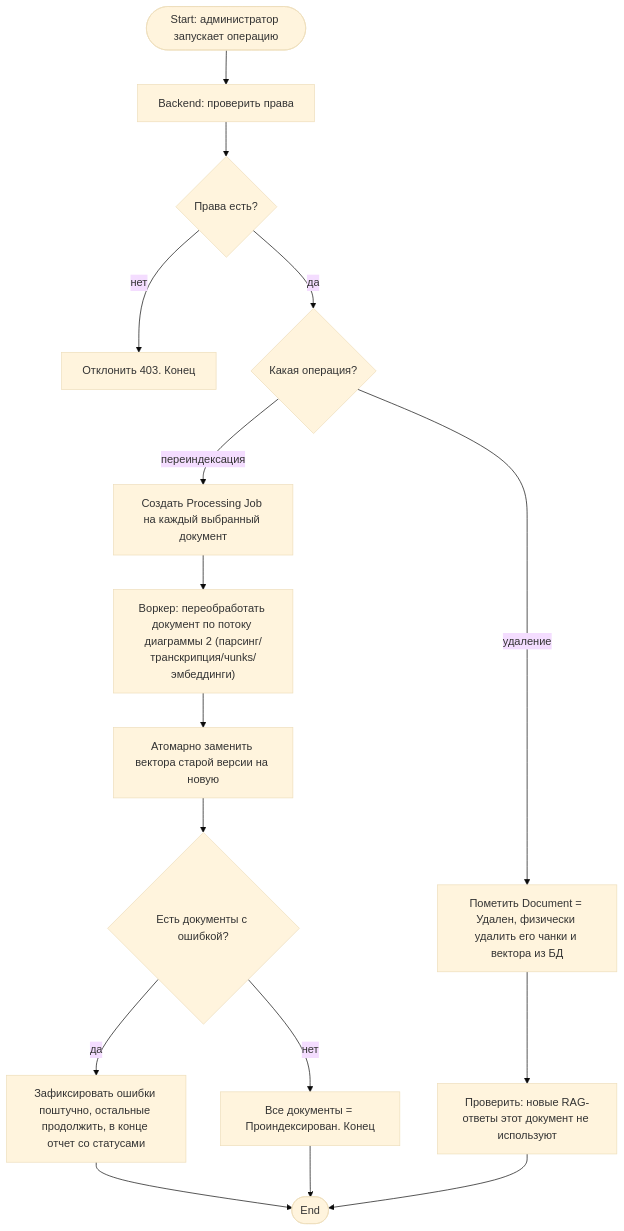
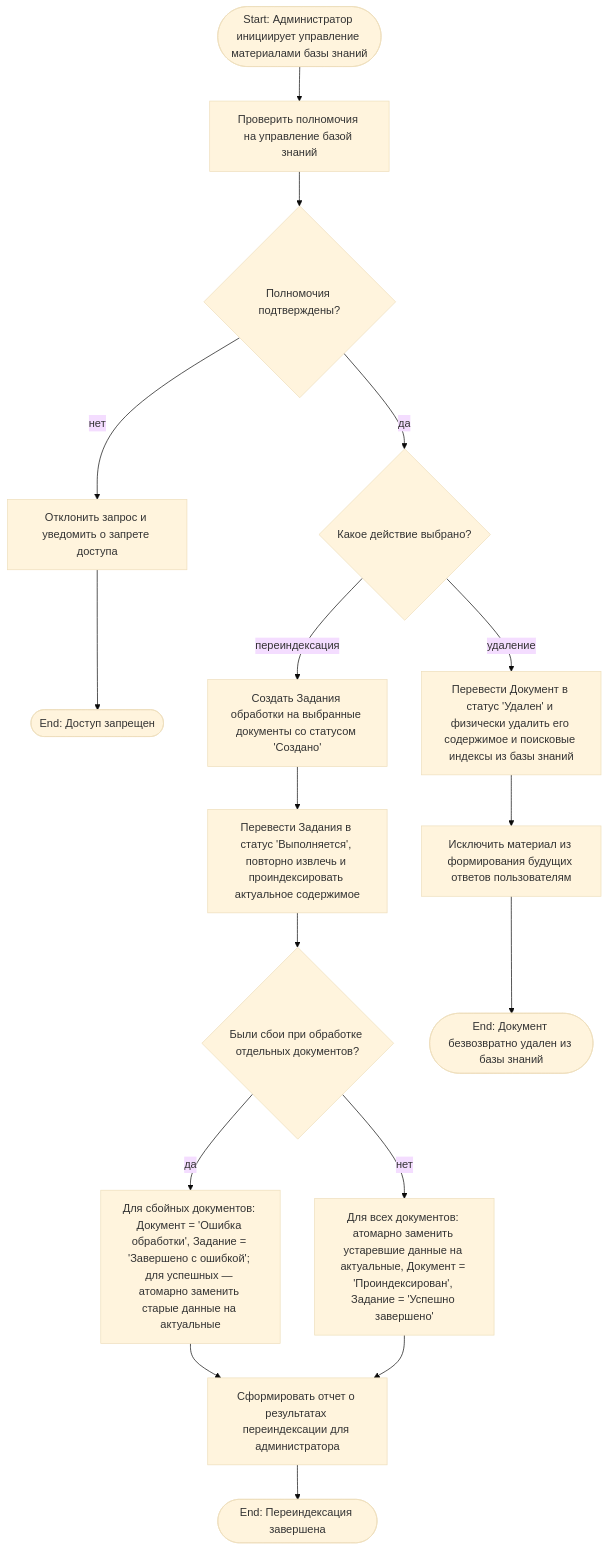
The third of 3 diagrams in 1-task/3/README.md (adsfryt/AI-chat-knowledge-bot), drawn with Mermaid (base theme) before and after one commit. The commit also changed other lines of this file, not shown here.

First line of the commit message:
Задание 3: формулировки диаграмм деятельности приведены к сценариям действий

````diff
--- a/1-task/3/README.md
+++ b/1-task/3/README.md
@@ -73,18 +96,19 @@
 ```mermaid
 flowchart TD
-    S(["Start: администратор запускает операцию"]) --> B1["Backend: проверить права"]
-    B1 --> D0{"Права есть?"}
-    D0 -->|нет| E403["Отклонить 403. Конец"]
-    D0 -->|да| D1{"Какая операция?"}
-    D1 -->|переиндексация| B2["Создать Processing Job на каждый выбранный документ"]
-    B2 --> W1["Воркер: переобработать документ по потоку диаграммы 2 (парсинг/транскрипция/чunks/эмбеддинги)"]
-    W1 --> V1["Атомарно заменить вектора старой версии на новую"]
-    V1 --> D2{"Есть документы с ошибкой?"}
-    D2 -->|да| B3["Зафиксировать ошибки поштучно, остальные продолжить, в конце отчет со статусами"]
-    D2 -->|нет| B4["Все документы = Проиндексирован. Конец"]
-    B3 --> E1(["End"])
-    B4 --> E1
-    D1 -->|удаление| B5["Пометить Document = Удален, физически удалить его чанки и вектора из БД"]
-    B5 --> B6["Проверить: новые RAG-ответы этот документ не используют"]
-    B6 --> E1
+    S(["Start: Администратор инициирует управление материалами базы знаний"]) --> B1["Проверить полномочия на управление базой знаний"]
+    B1 --> D0{"Полномочия подтверждены?"}
+    D0 -->|нет| E_NO_PERM["Отклонить запрос и уведомить о запрете доступа"]
+    E_NO_PERM --> E_EXIT(["End: Доступ запрещен"])
+    D0 -->|да| D1{"Какое действие выбрано?"}
+    D1 -->|переиндексация| B2["Создать Задания обработки на выбранные документы со статусом 'Создано'"]
+    B2 --> W1["Перевести Задания в статус 'Выполняется', повторно извлечь и проиндексировать актуальное содержимое"]
+    W1 --> D2{"Были сбои при обработке отдельных документов?"}
+    D2 -->|да| B3["Для сбойных документов: Документ = 'Ошибка обработки', Задание = 'Завершено с ошибкой'; для успешных — атомарно заменить старые данные на актуальные"]
+    D2 -->|нет| B4["Для всех документов: атомарно заменить устаревшие данные на актуальные, Документ = 'Проиндексирован', Задание = 'Успешно завершено'"]
+    B3 --> RPT["Сформировать отчет о результатах переиндексации для администратора"]
+    B4 --> RPT
+    RPT --> E_REINDEX_DONE(["End: Переиндексация завершена"])
+    D1 -->|удаление| B5["Перевести Документ в статус 'Удален' и физически удалить его содержимое и поисковые индексы из базы знаний"]
+    B5 --> B6["Исключить материал из формирования будущих ответов пользователям"]
+    B6 --> E_DEL_DONE(["End: Документ безвозвратно удален из базы знаний"])
 ```
````
